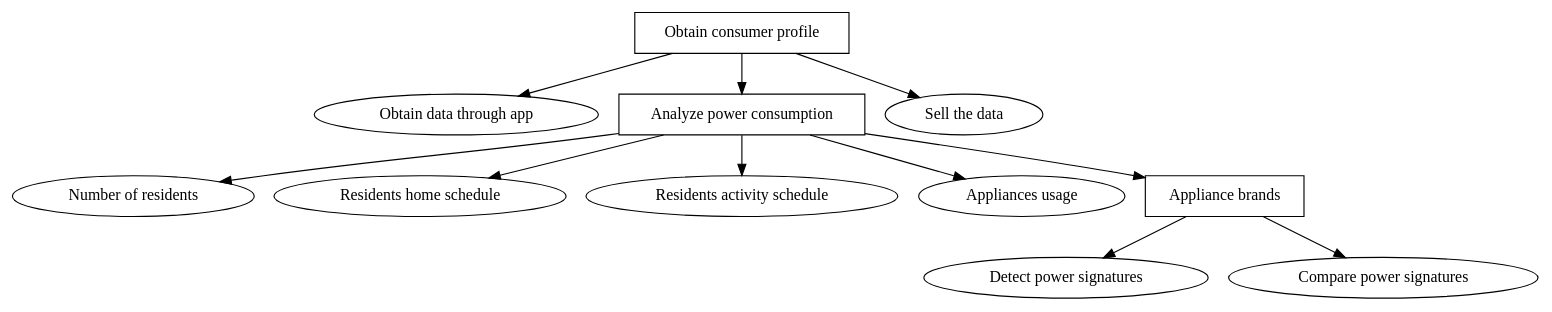
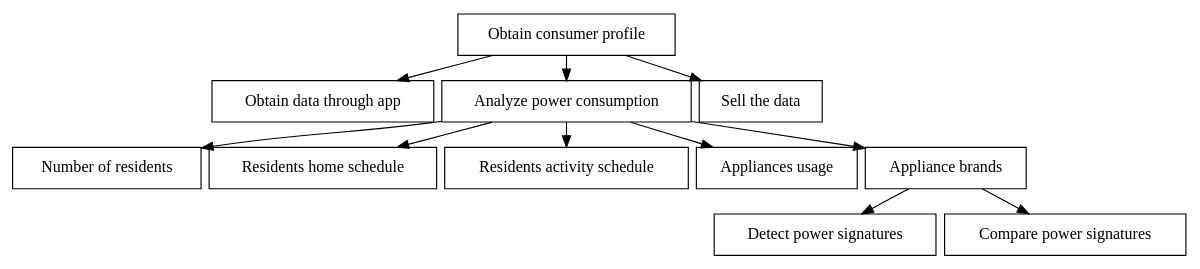
The diagram in figures/graphviz/3rd_party_vs_consumer.dot (des904e15/report), drawn with Graphviz before and after one commit. The commit also changed 10 other files, not shown here.

```diff
--- a/figures/graphviz/3rd_party_vs_consumer.dot
+++ b/figures/graphviz/3rd_party_vs_consumer.dot
@@ -1,29 +1,31 @@
-digraph G{
-	node [style=filled fillcolor=white]
+digraph G {
+
+graph[ center=true, margin=0.2, nodesep=0.1, ranksep=0.3]
+node[ shape=rectangle];
 
 	root[label="Obtain consumer profile",shape=AND];	
 
 	obtain_data[label="Obtain data through app"];
 	analyse_power_consumption[label="Analyze power consumption",shape=OR];
 	sell_data[label="Sell the data"];
 
 	root -> obtain_data;
 	root -> sell_data;	
 
 	
 
 	residents[label="Number of residents"];
 	home[label="Residents home schedule"];
 	activity_residents[label="Residents activity schedule"];
 	when_appl[label="Appliances usage"];
 	what_appl[label="Appliance brands",shape=AND];
 
 	
 	root -> analyse_power_consumption;
 	analyse_power_consumption ->  residents, activity_residents, home, when_appl, what_appl;
 
 	power_signatures[label="Detect power signatures"];
 	power_compare[label="Compare power signatures"];
 	what_appl -> power_signatures, power_compare;
 	
 	}
```
